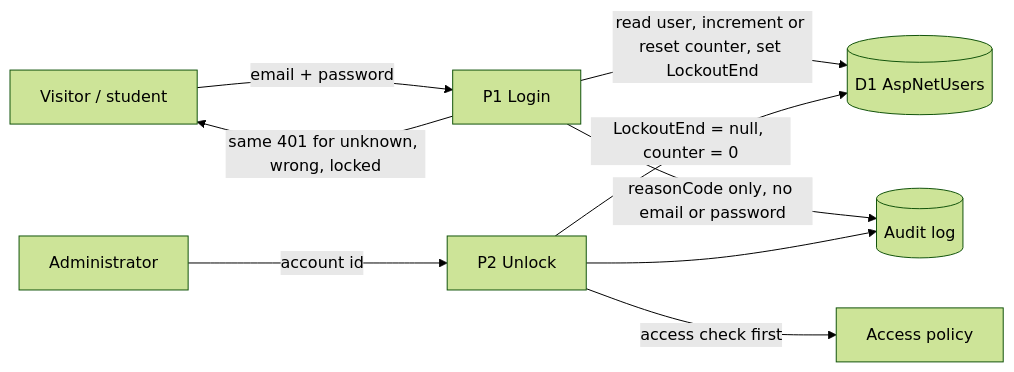
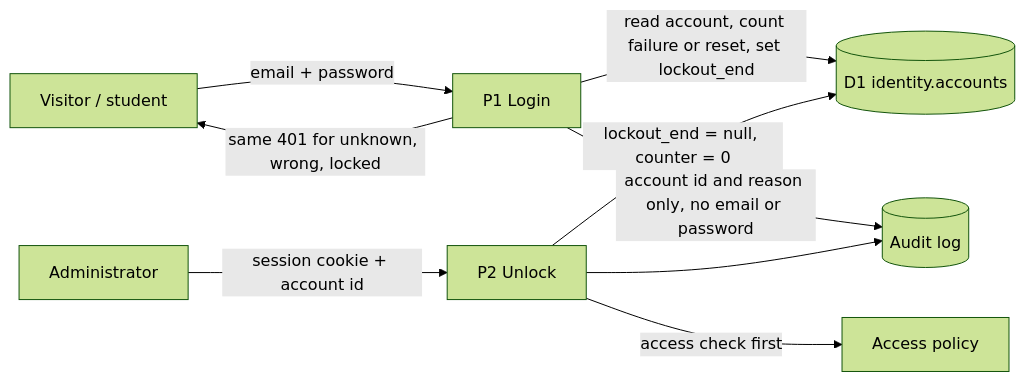
The second of 2 diagrams in docs/components/identity/IDN-05-lockout.md (djufa762x39/security-lab), drawn with Mermaid (forest theme) before and after one commit. The commit also changed other lines of this file and 4 other files, not shown here.

````diff
--- a/docs/components/identity/IDN-05-lockout.md
+++ b/docs/components/identity/IDN-05-lockout.md
@@ -45,11 +46,11 @@
 ```mermaid
 flowchart LR
   U[Visitor / student] -->|email + password| P1[P1 Login]
-  P1 -->|read user, increment or reset counter, set LockoutEnd| D1[(D1 AspNetUsers)]
+  P1 -->|read account, count failure or reset, set lockout_end| D1[(D1 identity.accounts)]
   P1 -->|same 401 for unknown, wrong, locked| U
-  P1 -->|reasonCode only, no email or password| D2[(Audit log)]
-  A[Administrator] -->|account id| P2[P2 Unlock]
+  P1 -->|account id and reason only, no email or password| D2[(Audit log)]
+  A[Administrator] -->|session cookie + account id| P2[P2 Unlock]
   P2 -->|access check first| AC[Access policy]
-  P2 -->|LockoutEnd = null, counter = 0| D1
+  P2 -->|lockout_end = null, counter = 0| D1
   P2 --> D2
 ```
````
